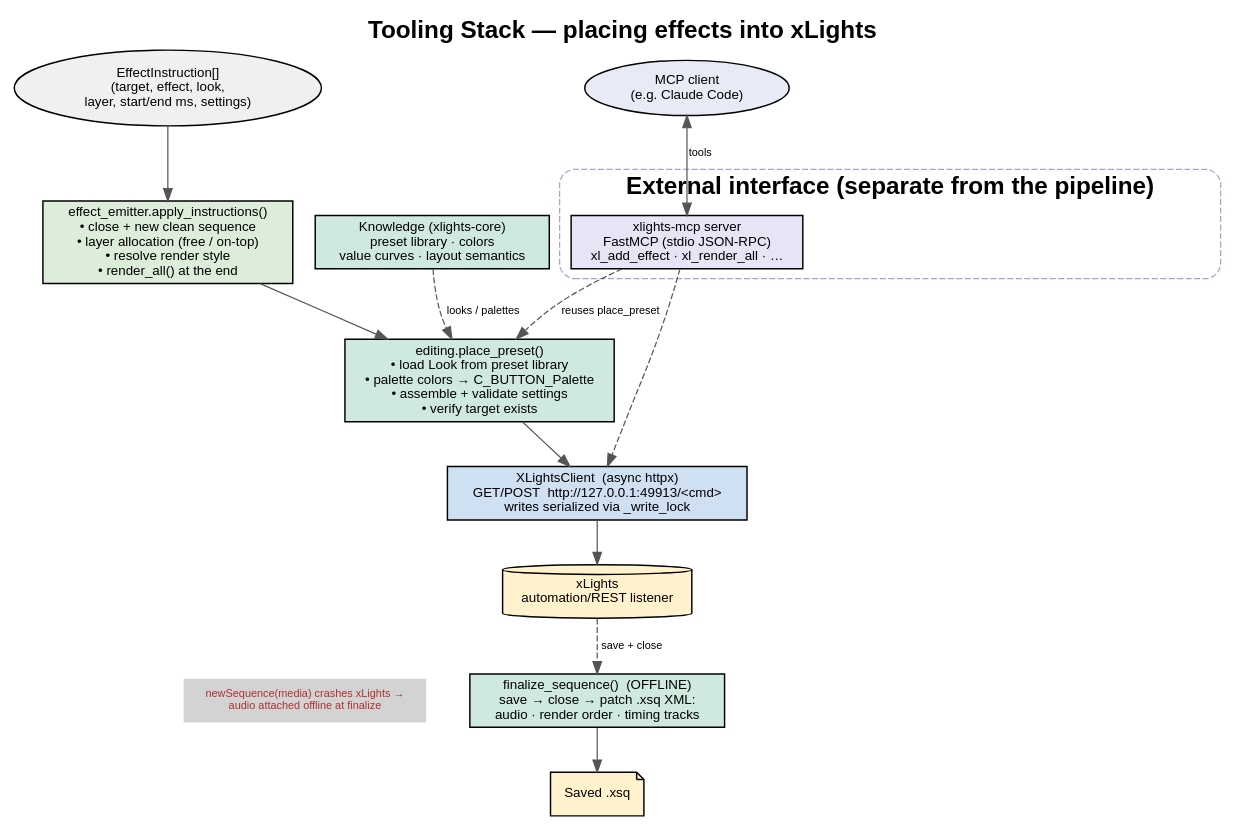
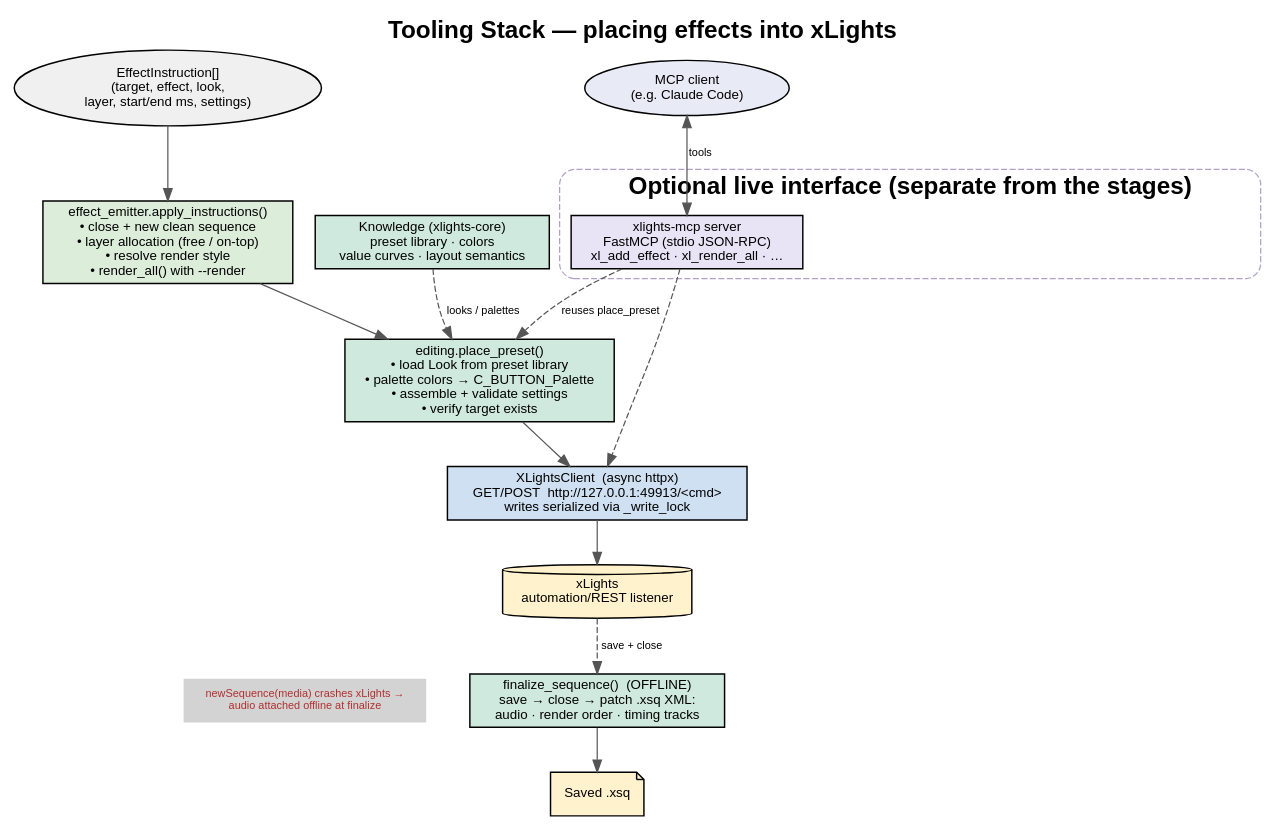
The diagram in docs/architecture/diagrams/tooling-stack.dot (bobbyfriday/xlights-llm-orchestrator), drawn with Graphviz before and after one commit. The commit also changed 22 other files, not shown here.

First line of the commit message:
docs(claude-driven): xlo Claude Code commands + user docs for the new flow (2.6, 2.8)

```diff
--- a/docs/architecture/diagrams/tooling-stack.dot
+++ b/docs/architecture/diagrams/tooling-stack.dot
@@ -1,54 +1,54 @@
 digraph tooling_stack {
   rankdir=TB;
   bgcolor="white";
   labelloc="t"; fontname="Helvetica-Bold"; fontsize=20;
   label="Tooling Stack — placing effects into xLights";
   node [fontname="Helvetica", fontsize=11, style="filled", penwidth=1.2];
   edge [fontname="Helvetica", fontsize=9, color="#555555"];
 
   // orchestrator entry
   instrs [label="EffectInstruction[]\n(target, effect, look,\nlayer, start/end ms, settings)", shape=ellipse, fillcolor="#f0f0f0"];
 
   // emitter
-  emitter [label="effect_emitter.apply_instructions()\n• close + new clean sequence\n• layer allocation (free / on-top)\n• resolve render style\n• render_all() at the end", shape=box, fillcolor="#dcedda"];
+  emitter [label="effect_emitter.apply_instructions()\n• close + new clean sequence\n• layer allocation (free / on-top)\n• resolve render style\n• render_all() with --render", shape=box, fillcolor="#dcedda"];
 
   // editing
   place [label="editing.place_preset()\n• load Look from preset library\n• palette colors → C_BUTTON_Palette\n• assemble + validate settings\n• verify target exists", shape=box, fillcolor="#cfe9df"];
 
   // knowledge feeding editing
   lib [label="Knowledge (xlights-core)\npreset library · colors\nvalue curves · layout semantics", shape=box, fillcolor="#cfe9df"];
 
   // client
   client [label="XLightsClient  (async httpx)\nGET/POST  http://127.0.0.1:49913/<cmd>\nwrites serialized via _write_lock", shape=box, fillcolor="#cfe0f2"];
 
   // xlights
   xlights [label="xLights\nautomation/REST listener", shape=cylinder, fillcolor="#fff2cc"];
 
   // offline finalize
   finalize [label="finalize_sequence()  (OFFLINE)\nsave → close → patch .xsq XML:\naudio · render order · timing tracks", shape=box, fillcolor="#cfe9df"];
   xsq [label="Saved .xsq", shape=note, fillcolor="#fff2cc"];
 
   // MCP parallel interface
   subgraph cluster_mcp {
-    label="External interface (separate from the pipeline)";
+    label="Optional live interface (separate from the stages)";
     style="rounded,dashed"; color="#b0a0c8"; fontname="Helvetica-Bold";
     mcp [label="xlights-mcp server\nFastMCP (stdio JSON-RPC)\nxl_add_effect · xl_render_all · …", shape=box, fillcolor="#e8e3f5"];
   }
   mcpclient [label="MCP client\n(e.g. Claude Code)", shape=oval, fillcolor="#e8eaf6"];
 
   // main flow
   instrs -> emitter -> place -> client -> xlights;
   lib -> place [label="looks / palettes", style=dashed];
   xlights -> finalize [label="save + close", style=dashed];
   finalize -> xsq;
 
   // mcp path shares the same client/editing
   mcpclient -> mcp [dir=both, label="tools"];
   mcp -> place [style=dashed, label="reuses place_preset"];
   mcp -> client [style=dashed];
 
   // quirk callouts
   note1 [label="newSequence(media) crashes xLights →\naudio attached offline at finalize", shape=plaintext, fontcolor="#b03030", fontsize=9];
   note1 -> finalize [style=invis];
   { rank=same; finalize; note1; }
 }
```
